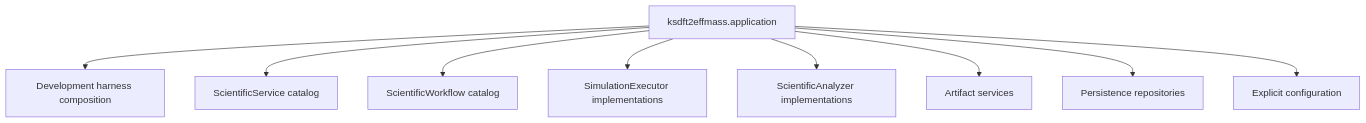
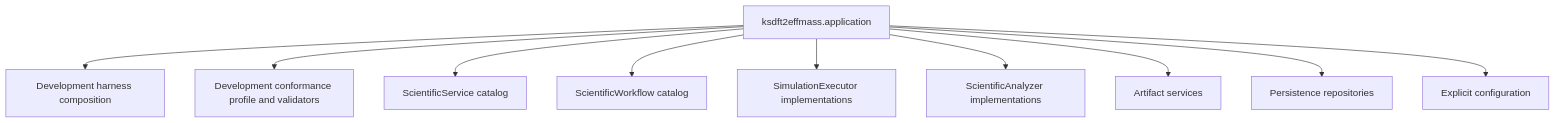
The diagram in docs/architecture/v2/composition-root.md (eragasa/ksdft2effmass), drawn with Mermaid before and after one commit. The commit also changed other lines of this file and 23 other files, not shown here.

Commit message:
docs(architecture): add v2 development conformance

````diff
--- a/docs/architecture/v2/composition-root.md
+++ b/docs/architecture/v2/composition-root.md
@@ -7,12 +7,13 @@
 ```mermaid
 flowchart TB
     app["ksdft2effmass.application"]
     app --> harness["Development harness composition"]
+    app --> conformance["Development conformance profile and validators"]
     app --> services["ScientificService catalog"]
     app --> definitions["ScientificWorkflow catalog"]
     app --> executors["SimulationExecutor implementations"]
     app --> analyzers["ScientificAnalyzer implementations"]
     app --> artifacts["Artifact services"]
     app --> repositories["Persistence repositories"]
     app --> config["Explicit configuration"]
 ```
````
